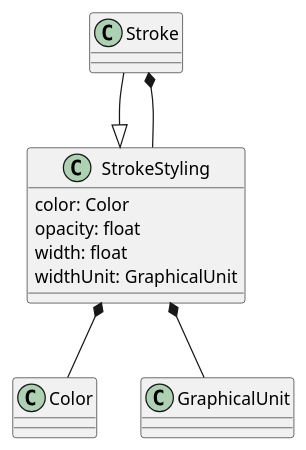
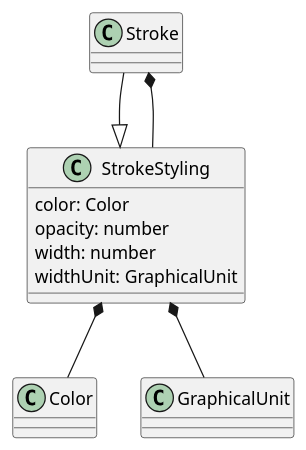
One commit to opengeospatial/cartographic-symbology changed the fifth of 10 diagrams in 1-core/sections/clause_8_vector.adoc. Above: the diagram before and after it, drawn with PlantUML. The commit also changed other lines of this file and 16 other files, not shown here.

```diff
--- a/1-core/sections/clause_8_vector.adoc
+++ b/1-core/sections/clause_8_vector.adoc
@@ -142,14 +142,14 @@
 [plantuml, target=diagram-classes, format=png]
 ....
 @startuml
 Stroke --|> StrokeStyling
 Stroke *-- StrokeStyling
 
 StrokeStyling : color: Color
-StrokeStyling : opacity: float
-StrokeStyling : width: float
+StrokeStyling : opacity: number
+StrokeStyling : width: number
 StrokeStyling : widthUnit: GraphicalUnit
 StrokeStyling *-- Color
 StrokeStyling *-- GraphicalUnit
 @enduml
 ....
```
